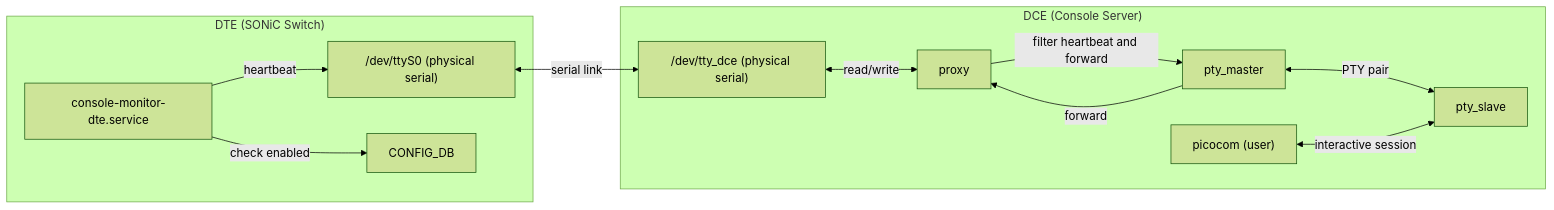
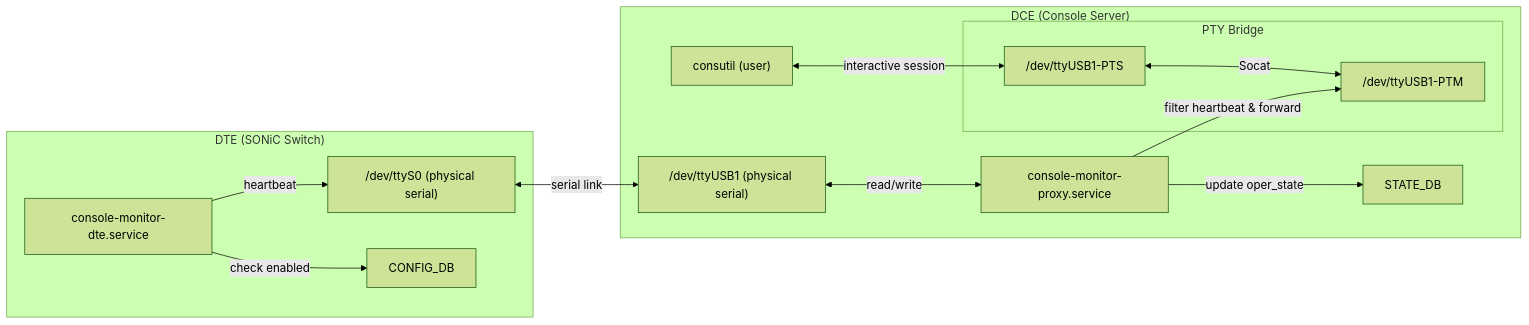
Before and after one commit to sonic-net/SONiC: the first of 3 diagrams in doc/console/Console-Monitor-High-Level-Design.md, drawn with Mermaid (forest theme). The commit also changed other lines of this file and 3 other files, not shown here.

Commit message:
docs: migrate to multiprocess architecture

````diff
--- a/doc/console/Console-Monitor-High-Level-Design.md
+++ b/doc/console/Console-Monitor-High-Level-Design.md
@@ -69,30 +76,37 @@
 ```mermaid
 flowchart LR
   subgraph DCE["DCE (Console Server)"]
-    proxy_dce["proxy"]
-    picocom["picocom (user)"]
-    pty_master_dce["pty_master"]
-    pty_slave_dce["pty_slave"]
-    TTY_DCE["/dev/tty_dce (physical serial)"]
+    proxy_dce["console-monitor-proxy.service"]
+    picocom["consutil (user)"]
+    subgraph PTY["PTY Bridge"]
+      pty_pts["/dev/ttyUSB1-PTS"]
+      pty_ptm["/dev/ttyUSB1-PTM"]
+    end
+    TTY_DCE["/dev/ttyUSB1 (physical serial)"]
+    state_db["STATE_DB"]
   end
 
   subgraph DTE["DTE (SONiC Switch)"]
     dte_service["console-monitor-dte.service"]
     TTY_DTE["/dev/ttyS0 (physical serial)"]
     config_db["CONFIG_DB"]
   end
 
   %% DTE side: service sends heartbeat directly to serial
   dte_service -- check enabled --> config_db
   dte_service -- heartbeat --> TTY_DTE
 
   %% physical link
   TTY_DTE <-- serial link --> TTY_DCE
 
-  %% DCE side: proxy owns serial, filters RX, bridges to PTY for user tools
+  %% PTY pair connection
+  pty_pts <-- Socat --> pty_ptm
+
+  %% proxy owns serial, filters RX, bridges to PTM
   TTY_DCE <-- read/write --> proxy_dce
-  proxy_dce -- filter heartbeat and forward --> pty_master_dce
-  pty_master_dce -- forward --> proxy_dce
-  pty_master_dce <-- PTY pair --> pty_slave_dce
-  picocom <-- interactive session --> pty_slave_dce
+  proxy_dce -- filter heartbeat & forward --> pty_ptm
+  proxy_dce -- update oper_state --> state_db
+
+  %% user application connects to PTS
+  picocom <-- interactive session --> pty_pts
 ```
````
